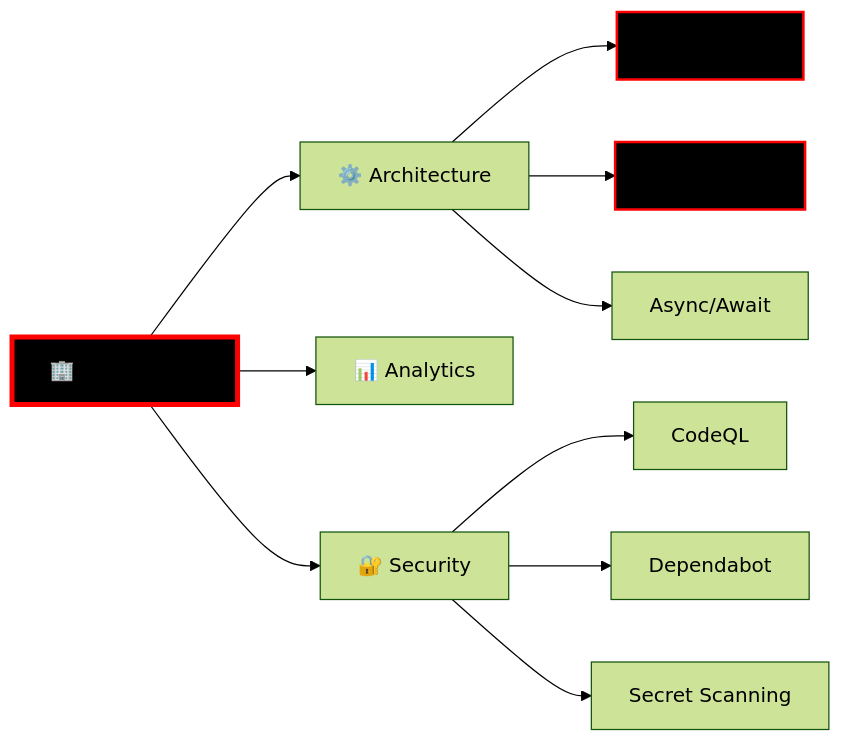
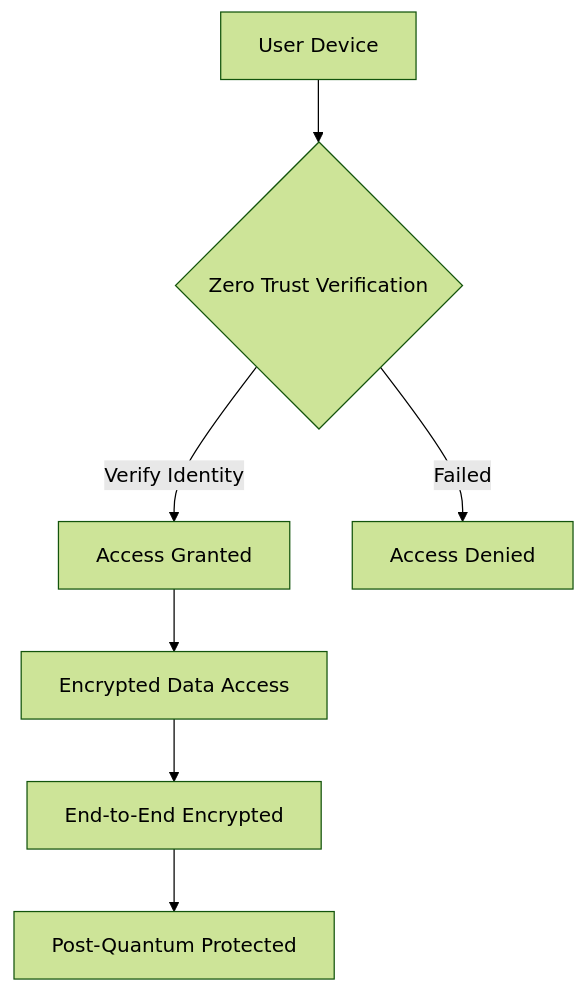
Before and after one commit to vantisCorp/VantisOffice: the first of 2 diagrams in README.md, drawn with Mermaid (forest theme). The commit also changed other lines of this file and 39 other files, not shown here.

````diff
--- a/README.md
+++ b/README.md
@@ -197,16 +236,9 @@
 ```mermaid
-graph LR
-    A[🏢 VantisOffice] --> B[⚙️ Architecture]
-    A --> C[📊 Analytics]
-    A --> D[🔐 Security]
-    B --> E[Rust 1.80+]
-    B --> F[14 Modules]
-    B --> G[Async/Await]
-    D --> H[CodeQL]
-    D --> I[Dependabot]
-    D --> J[Secret Scanning]
-    
-    style A fill:#000000,stroke:#ff0000,stroke-width:4px
-    style E fill:#000000,stroke:#ff0000,stroke-width:2px
-    style F fill:#000000,stroke:#ff0000,stroke-width:2px
+graph TB
+    A[User Device] --> B{Zero Trust Verification}
+    B -->|Verify Identity| C[Access Granted]
+    B -->|Failed| D[Access Denied]
+    C --> E[Encrypted Data Access]
+    E --> F[End-to-End Encrypted]
+    F --> G[Post-Quantum Protected]
 ```
````
